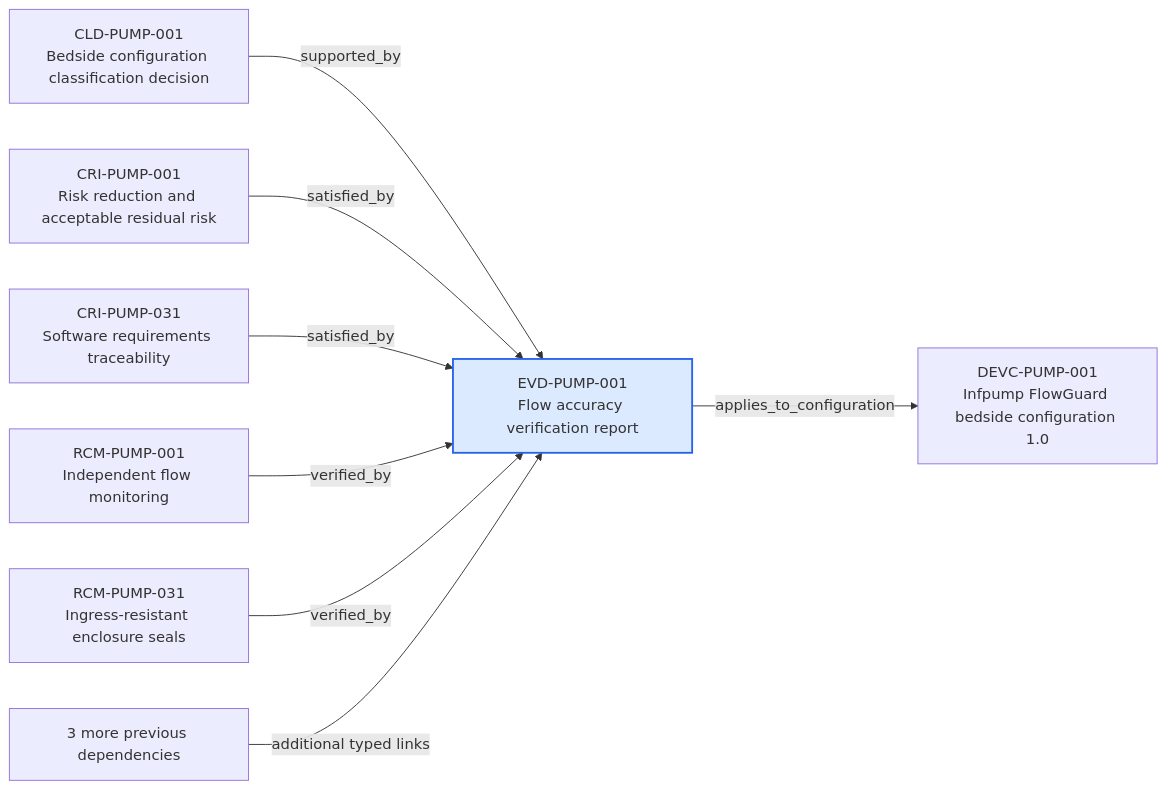
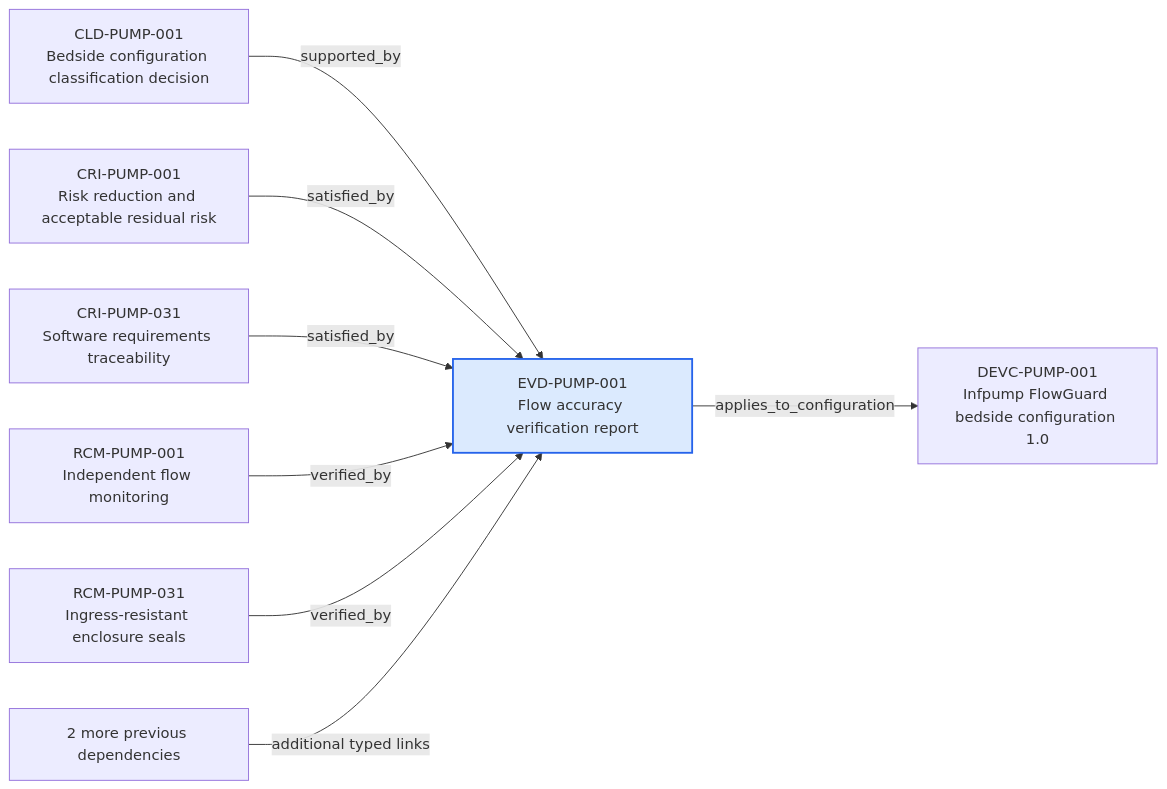
One commit to mvattulainen/mdrontology changed the diagram in content/06-Infpump FlowGuard ontology notes/verification-evidence/EVD-PUMP-001-flow-accuracy-verification-report.md. Above: the diagram before and after it, drawn with Mermaid. The commit also changed other lines of this file and 30 other files, not shown here.

````diff
--- a/content/06-Infpump FlowGuard ontology notes/verification-evidence/EVD-PUMP-001-flow-accuracy-verification-report.md
+++ b/content/06-Infpump FlowGuard ontology notes/verification-evidence/EVD-PUMP-001-flow-accuracy-verification-report.md
@@ -73,20 +73,20 @@
 ```mermaid
 flowchart LR
   CURRENT["EVD-PUMP-001<br/>Flow accuracy verification report"]
   PREV0["CLD-PUMP-001<br/>Bedside configuration classification decision"]
   PREV0 -->|"supported_by"| CURRENT
   PREV1["CRI-PUMP-001<br/>Risk reduction and acceptable residual risk"]
   PREV1 -->|"satisfied_by"| CURRENT
   PREV2["CRI-PUMP-031<br/>Software requirements traceability"]
   PREV2 -->|"satisfied_by"| CURRENT
   PREV3["RCM-PUMP-001<br/>Independent flow monitoring"]
   PREV3 -->|"verified_by"| CURRENT
   PREV4["RCM-PUMP-031<br/>Ingress-resistant enclosure seals"]
   PREV4 -->|"verified_by"| CURRENT
-  PREV_MORE["3 more previous dependencies"]
+  PREV_MORE["2 more previous dependencies"]
   PREV_MORE -->|"additional typed links"| CURRENT
   NEXT0["DEVC-PUMP-001<br/>Infpump FlowGuard bedside configuration 1.0"]
   CURRENT -->|"applies_to_configuration"| NEXT0
   classDef current fill:#dbeafe,stroke:#2563eb,stroke-width:2px
   class CURRENT current
 ```
````
